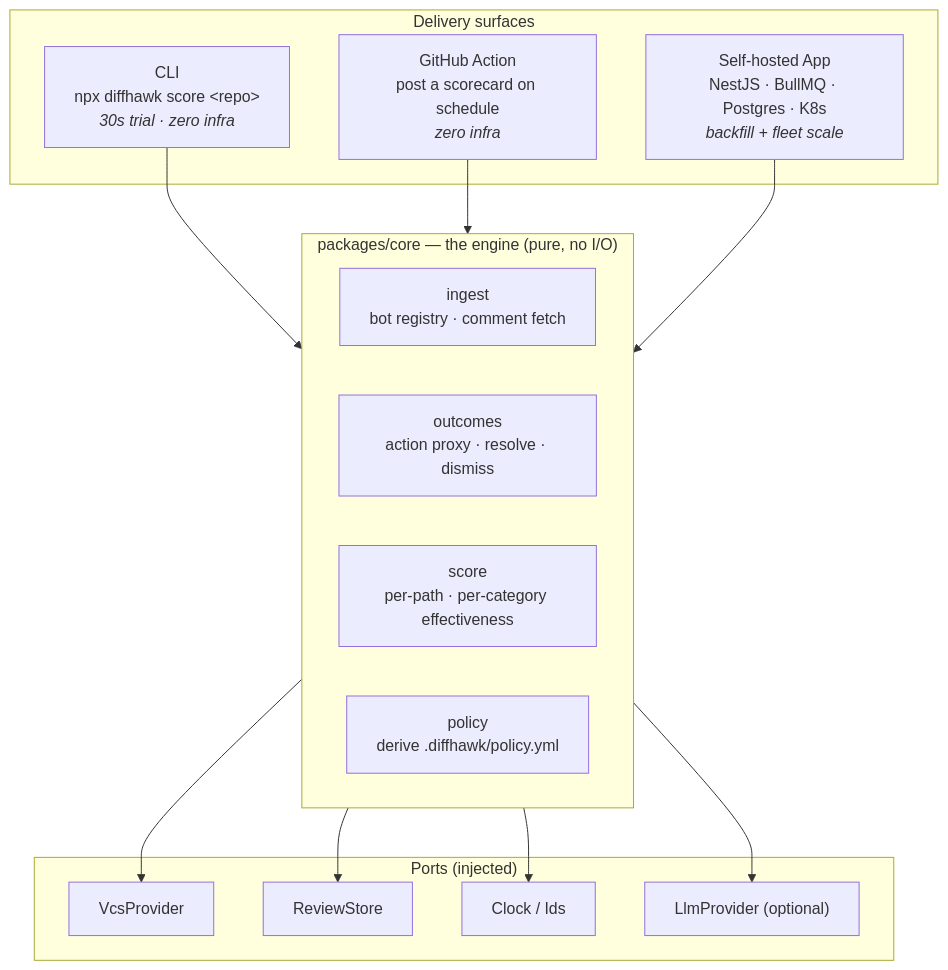
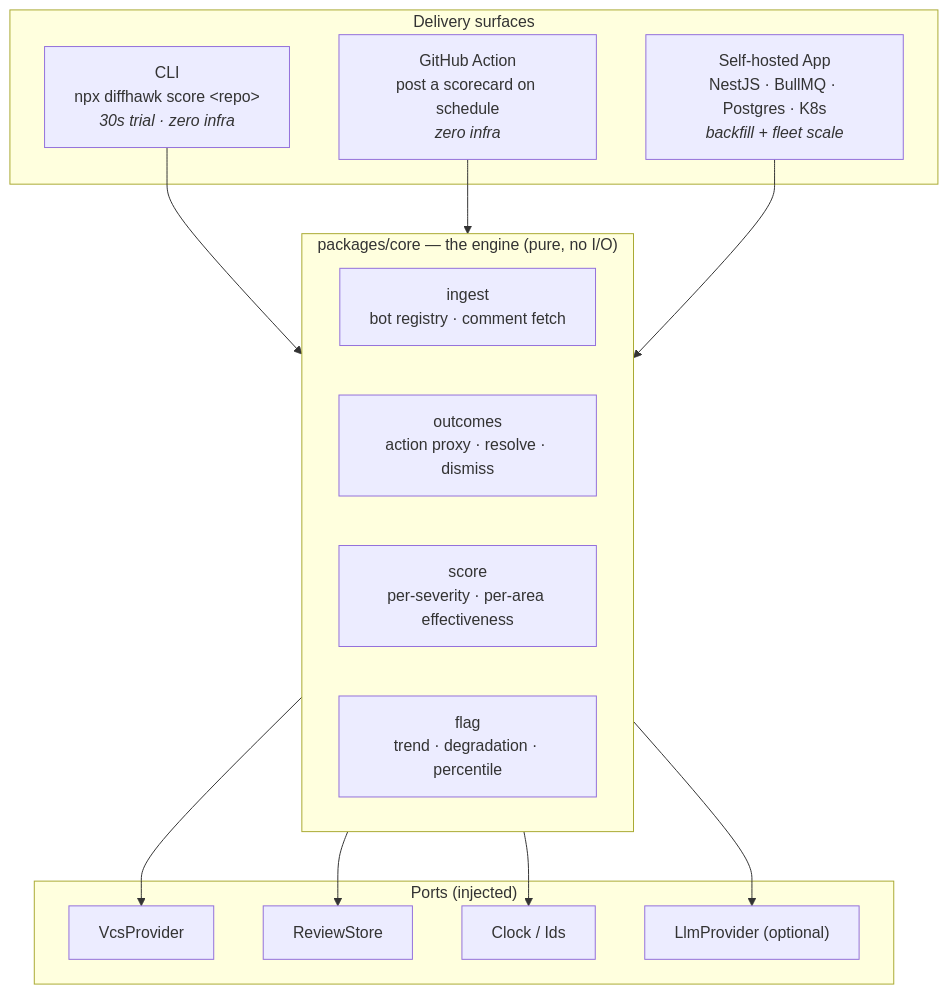
One commit to AnishBplayz/DiffHawk changed the first of 3 diagrams in docs/ARCHITECTURE.md. Above: the diagram before and after it, drawn with Mermaid. The commit also changed other lines of this file and 4 other files, not shown here.

````diff
--- a/docs/ARCHITECTURE.md
+++ b/docs/ARCHITECTURE.md
@@ -15,27 +15,27 @@
 ```mermaid
 flowchart TD
     subgraph surfaces["Delivery surfaces"]
         CLI["CLI<br/>npx diffhawk score &lt;repo&gt;<br/><i>30s trial · zero infra</i>"]
         GHA["GitHub Action<br/>post a scorecard on schedule<br/><i>zero infra</i>"]
         APP["Self-hosted App<br/>NestJS · BullMQ · Postgres · K8s<br/><i>backfill + fleet scale</i>"]
     end
 
     subgraph engine["packages/core — the engine (pure, no I/O)"]
         ING["ingest<br/>bot registry · comment fetch"]
         OUT["outcomes<br/>action proxy · resolve · dismiss"]
-        SCORE["score<br/>per-path · per-category effectiveness"]
-        POL["policy<br/>derive .diffhawk/policy.yml"]
+        SCORE["score<br/>per-severity · per-area effectiveness"]
+        FLAG["flag<br/>trend · degradation · percentile"]
     end
 
     subgraph ports["Ports (injected)"]
         VCS["VcsProvider"]
         STORE["ReviewStore"]
         CLOCK["Clock / Ids"]
         LLM["LlmProvider (optional)"]
     end
 
     CLI --> engine
     GHA --> engine
     APP --> engine
     engine --> VCS & STORE & CLOCK & LLM
 ```
````
